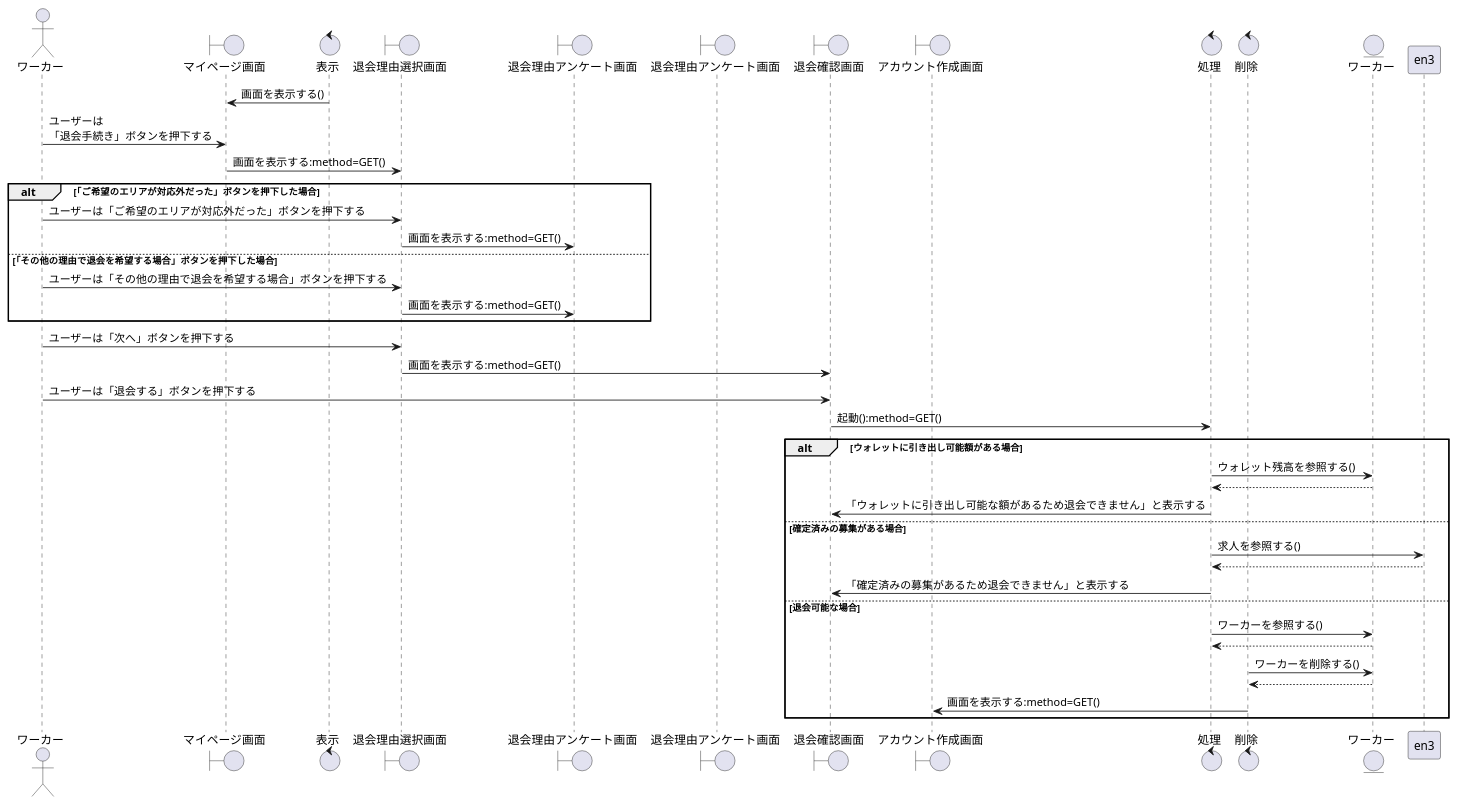
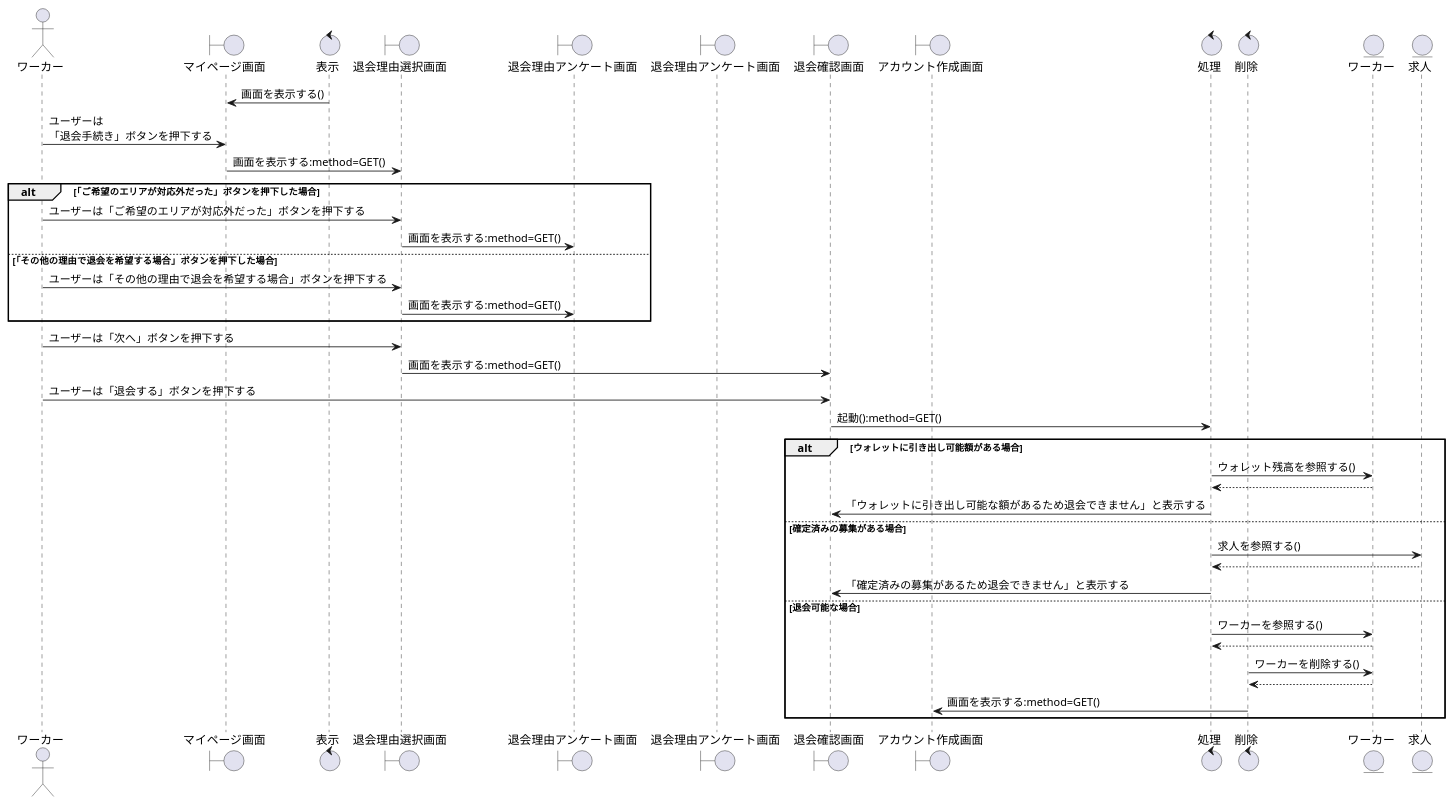
Before and after one commit to irukacb256/high_Me: the diagram in sequence_fig/7_acconts_fn/14_退会手続きをする.pu, drawn with PlantUML. The commit also changed 14 other files, not shown here.

```diff
--- a/sequence_fig/7_acconts_fn/14_退会手続きをする.pu
+++ b/sequence_fig/7_acconts_fn/14_退会手続きをする.pu
@@ -1,61 +1,62 @@
 @startuml 退会手続きをする
 
 actor ワーカー as wo1
 
 boundary マイページ画面 as bo1
 control 表示 as co1
 boundary 退会理由選択画面 as bo2
 boundary 退会理由アンケート画面 as bo3
 boundary 退会理由アンケート画面 as bo4
 boundary 退会確認画面 as bo5
 boundary アカウント作成画面 as bo6
 
 control 処理 as co2
 control 削除 as co3
 
 entity ワーカー as en1
+entity 求人 as en3
 
 
 co1 -> bo1:画面を表示する()
 wo1 -> bo1:ユーザーは\n「退会手続き」ボタンを押下する
 bo1 -> bo2:画面を表示する:method=GET()
 
 alt 「ご希望のエリアが対応外だった」ボタンを押下した場合
     wo1 -> bo2:ユーザーは「ご希望のエリアが対応外だった」ボタンを押下する
     bo2 -> bo3:画面を表示する:method=GET()
 
 else 「その他の理由で退会を希望する場合」ボタンを押下した場合
     wo1 -> bo2:ユーザーは「その他の理由で退会を希望する場合」ボタンを押下する
     bo2 -> bo3:画面を表示する:method=GET()
 
 end
 
 wo1 -> bo2:ユーザーは「次へ」ボタンを押下する
 bo2 -> bo5:画面を表示する:method=GET()
 wo1 -> bo5:ユーザーは「退会する」ボタンを押下する
 bo5 -> co2:起動():method=GET()
 
 
 
 
 
 alt ウォレットに引き出し可能額がある場合
     co2 -> en1:ウォレット残高を参照する()
     co2 <-- en1
     co2 -> bo5:「ウォレットに引き出し可能な額があるため退会できません」と表示する
 
 else 確定済みの募集がある場合
     co2 -> en3:求人を参照する()
     co2 <-- en3
     co2 -> bo5:「確定済みの募集があるため退会できません」と表示する
 
 else 退会可能な場合
     co2 -> en1:ワーカーを参照する()
     en1 --> co2
     co3 -> en1:ワーカーを削除する()
     co3 <-- en1
     co3 -> bo6:画面を表示する:method=GET()
 
 end
 
 @enduml
```
